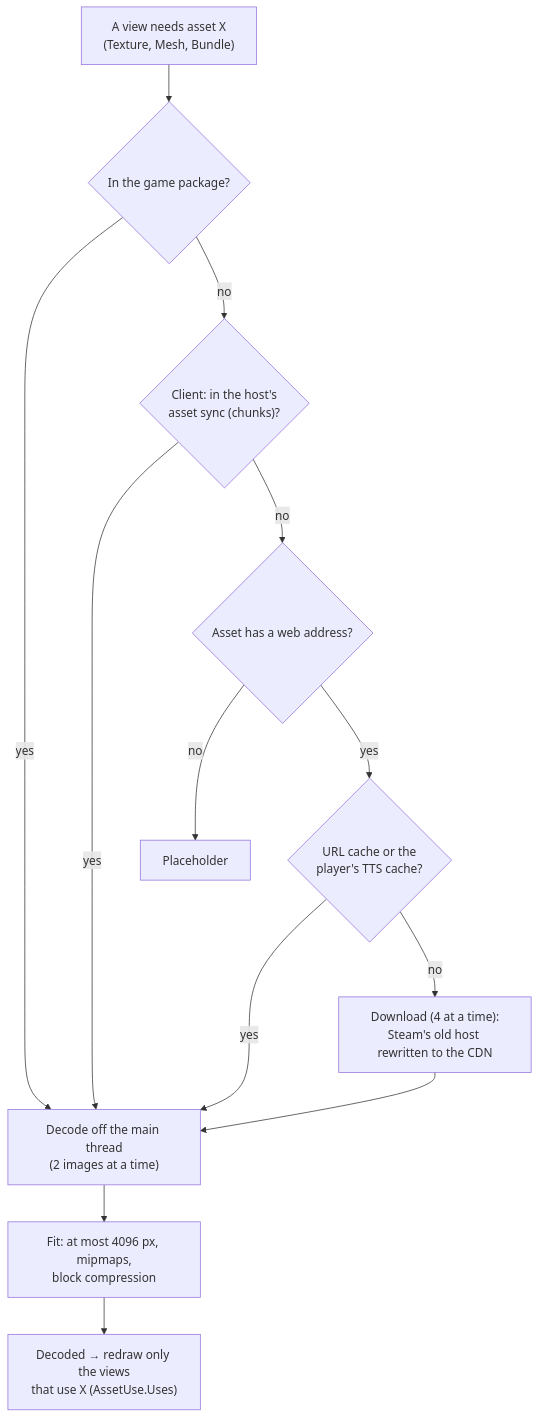
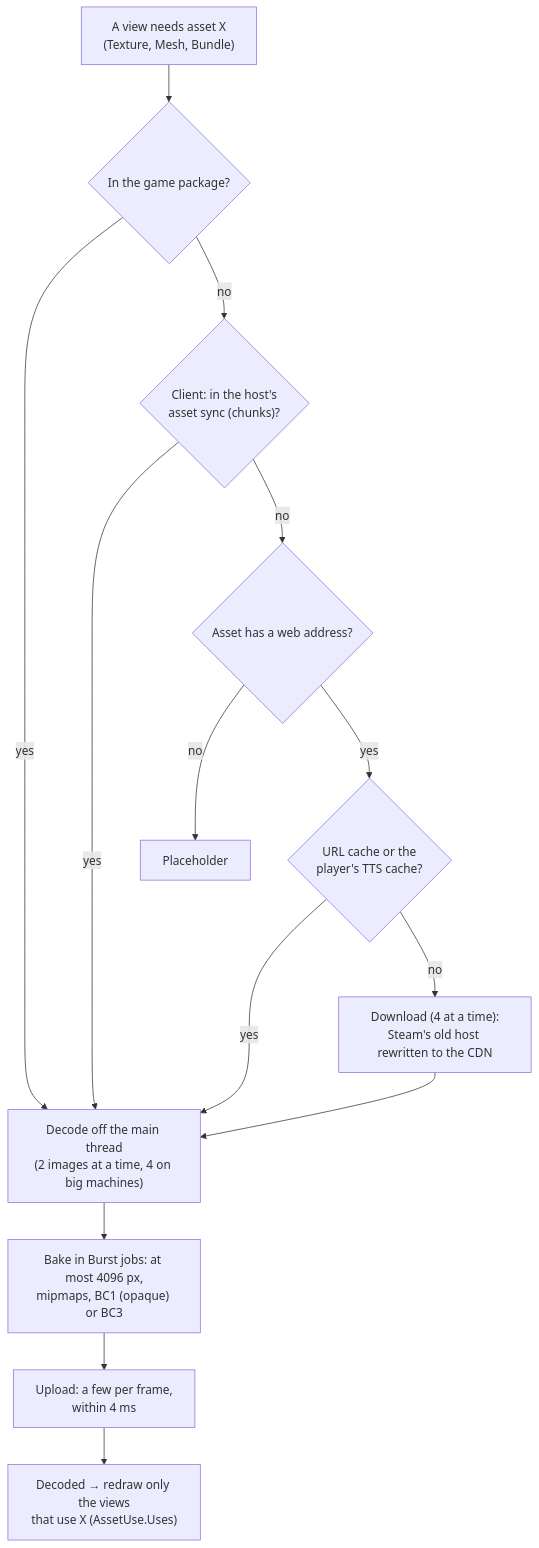
One commit to Azg-stdio/table-world changed the diagram in docs/dev/flows/assets.md. Above: the diagram before and after it, drawn with Mermaid. The commit also changed other lines of this file and 30 other files, not shown here.

````diff
--- a/docs/dev/flows/assets.md
+++ b/docs/dev/flows/assets.md
@@ -6,15 +6,16 @@
 ```mermaid
 flowchart TD
     need["A view needs asset X<br/>(Texture, Mesh, Bundle)"] --> pkg{"In the game package?"}
     pkg -- yes --> decode
     pkg -- no --> client{"Client: in the host's<br/>asset sync (chunks)?"}
     client -- yes --> decode
     client -- no --> url{"Asset has a web address?"}
     url -- no --> grey["Placeholder"]
     url -- yes --> local{"URL cache or the<br/>player's TTS cache?"}
     local -- yes --> decode
     local -- no --> web["Download (4 at a time):<br/>Steam's old host rewritten to the CDN"]
-    web --> decode["Decode off the main thread<br/>(2 images at a time)"]
-    decode --> fit["Fit: at most 4096 px, mipmaps,<br/>block compression"]
-    fit --> redraw["Decoded → redraw only the views<br/>that use X (AssetUse.Uses)"]
+    web --> decode["Decode off the main thread<br/>(2 images at a time, 4 on big machines)"]
+    decode --> bake["Bake in Burst jobs: at most 4096 px,<br/>mipmaps, BC1 (opaque) or BC3"]
+    bake --> upload["Upload: a few per frame,<br/>within 4 ms"]
+    upload --> redraw["Decoded → redraw only the views<br/>that use X (AssetUse.Uses)"]
 ```
````
